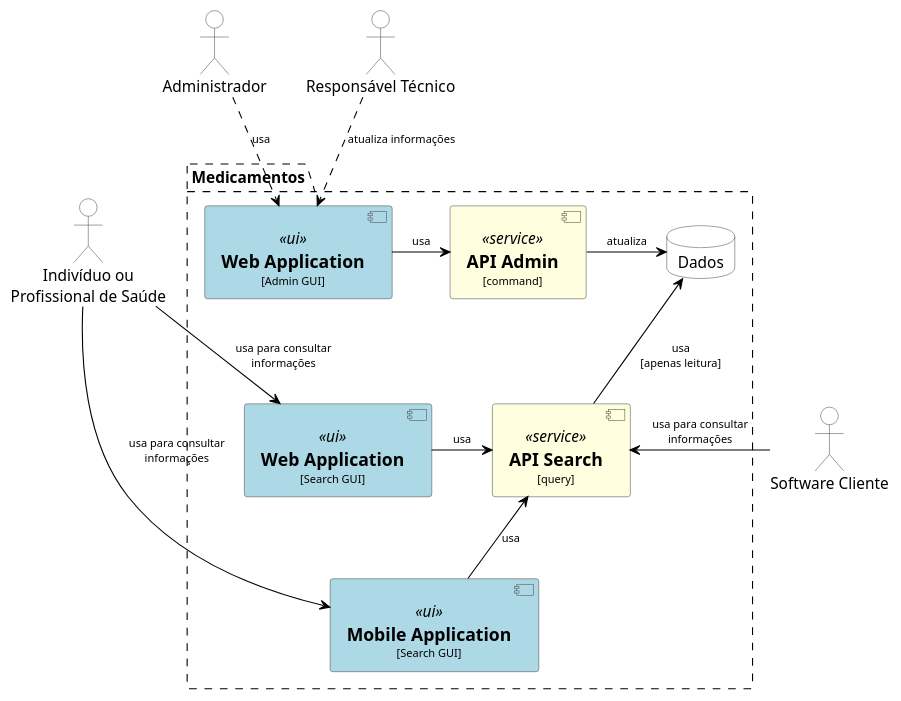
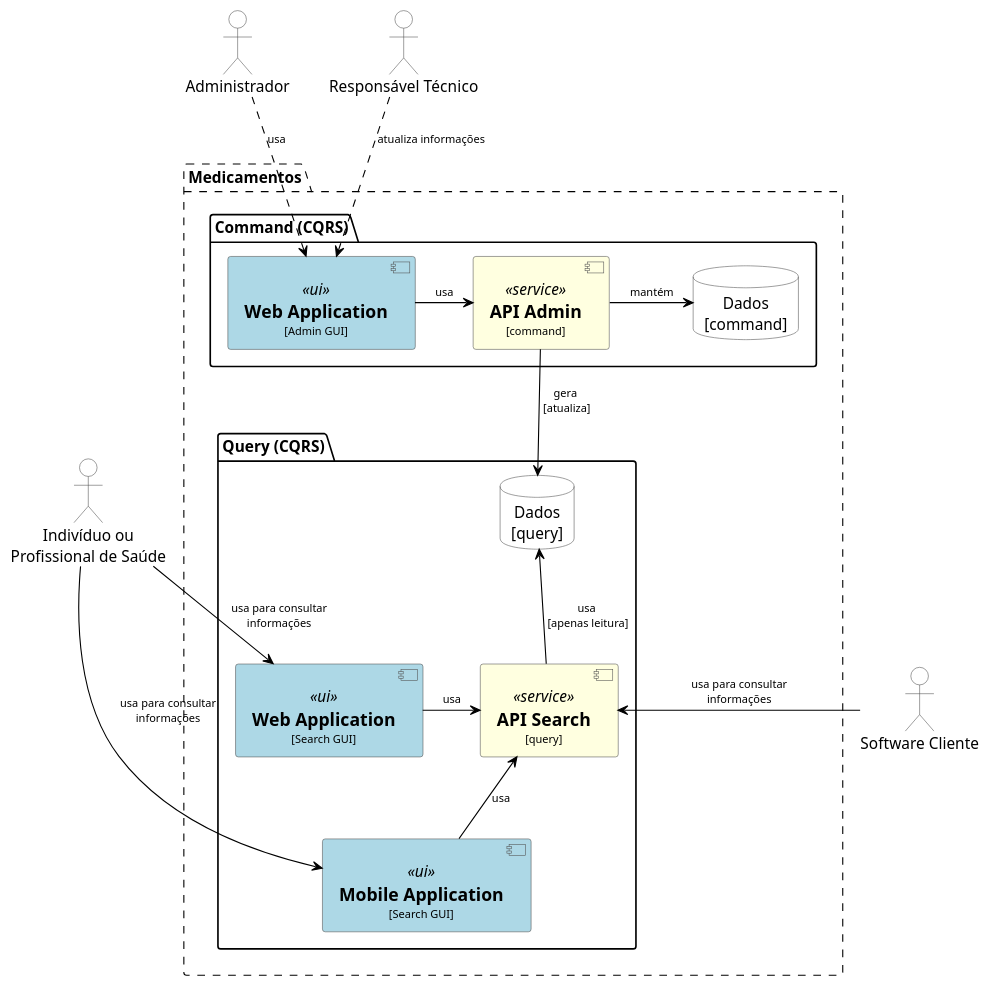
One commit to kyriosdata/medicamentos changed the diagram in UML/c4-container.puml. Above: the diagram before and after it, drawn with PlantUML. The commit also changed 2 other files, not shown here.

```diff
--- a/UML/c4-container.puml
+++ b/UML/c4-container.puml
@@ -1,71 +1,78 @@
 @startuml c4-container
 
 skinparam {
   shadowing false
   arrowFontSize 10
   defaultTextAlignment center
   wrapWidth 200
   maxMessageSize 100
   ArrowColor #gray
 }
 
 skinparam package {
 }
 
 skinparam component {
     BackgroundColor White
     ArrowColor Black
     BorderColor #505050
 }
 
 skinparam component<<ui>> {
     BackgroundColor #lightblue
     ArrowColor Black
     BorderColor #505050
 }
 
 skinparam component<<service>> {
     BackgroundColor #lightyellow
     ArrowColor Black
     BorderColor #505050
 }
 
 skinparam database {
     BackgroundColor White
     ArrowColor Black
     BorderColor #505050
 }
 
 skinparam actor {
     BackgroundColor White
     ArrowColor Black
     BorderColor #505050
 }
 
 package Medicamentos #line.dashed{
- component "==Web Application\n<size:10>[Admin GUI]</size>" <<ui>> as WebAdmin
- component "==Web Application\n<size:10>[Search GUI]</size>" <<ui>> as WebSearch
- component "==Mobile Application\n<size:10>[Search GUI]</size>" <<ui>> as MobileSearch
- component "==API Admin\n<size:10>[command]</size>" <<service>> as ApiAdmin
- component "==API Search\n<size:10>[query]</size>" <<service>> as ApiSearch
- database "Dados" as DB
+ package "Command (CQRS)" {
+    component "==Web Application\n<size:10>[Admin GUI]</size>" <<ui>> as WebAdmin
+    component "==API Admin\n<size:10>[command]</size>" <<service>> as ApiAdmin
+    database "Dados\n[command]" as DBW
+ }
+
+ package "Query (CQRS)" {
+    component "==Web Application\n<size:10>[Search GUI]</size>" <<ui>> as WebSearch
+    component "==Mobile Application\n<size:10>[Search GUI]</size>" <<ui>> as MobileSearch
+    component "==API Search\n<size:10>[query]</size>" <<service>> as ApiSearch
+    database "Dados\n[query]" as DBR
+ }
 }
 
 actor Administrador
 actor "Responsável Técnico" as RT
 actor "Indivíduo ou\nProfissional de Saúde" as PS
 actor "Software Cliente" as SC
 
 Administrador .down.> WebAdmin : "usa"
 RT .down.> WebAdmin : "atualiza informações"
 
 WebAdmin -right-> ApiAdmin : usa
-ApiAdmin -right-> DB : "atualiza"
-ApiSearch -up-> DB : "usa\n[apenas leitura]"
+ApiAdmin -right-> DBW : "mantém"
+ApiSearch -up-> DBR : "usa\n [apenas leitura]"
+ApiAdmin -down-> DBR : "gera\n [atualiza]"
 WebSearch -left-> ApiSearch : usa
 MobileSearch -up-> ApiSearch : usa
 SC -left-> ApiSearch : "usa para consultar informações"
 PS --> WebSearch : "usa para consultar informações"
 PS --> MobileSearch : "usa para consultar informações"
 
 @enduml
```
